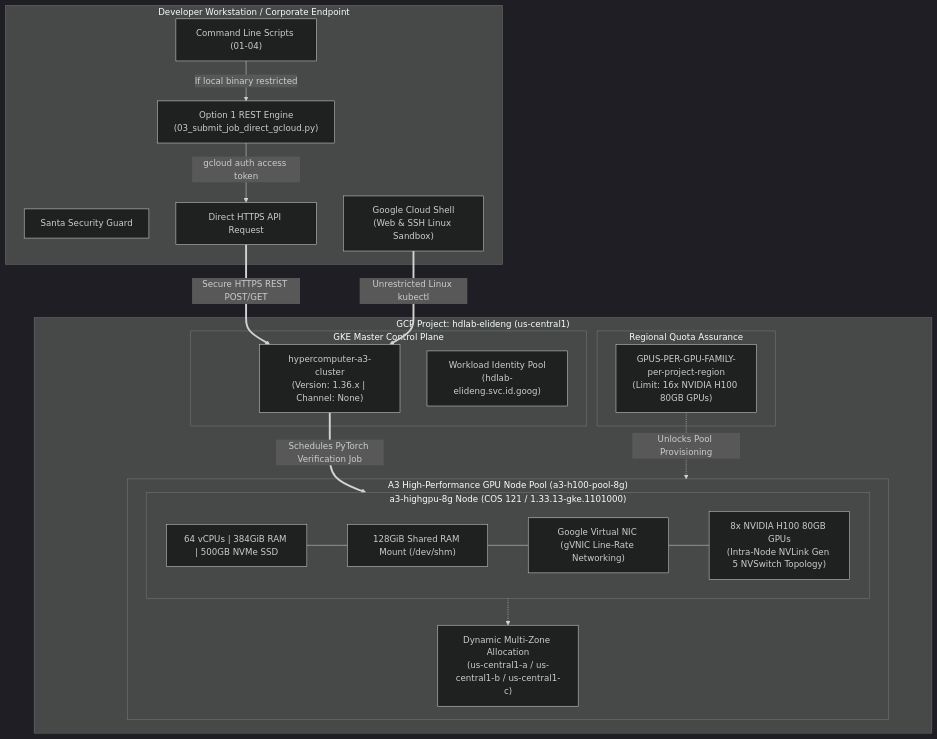
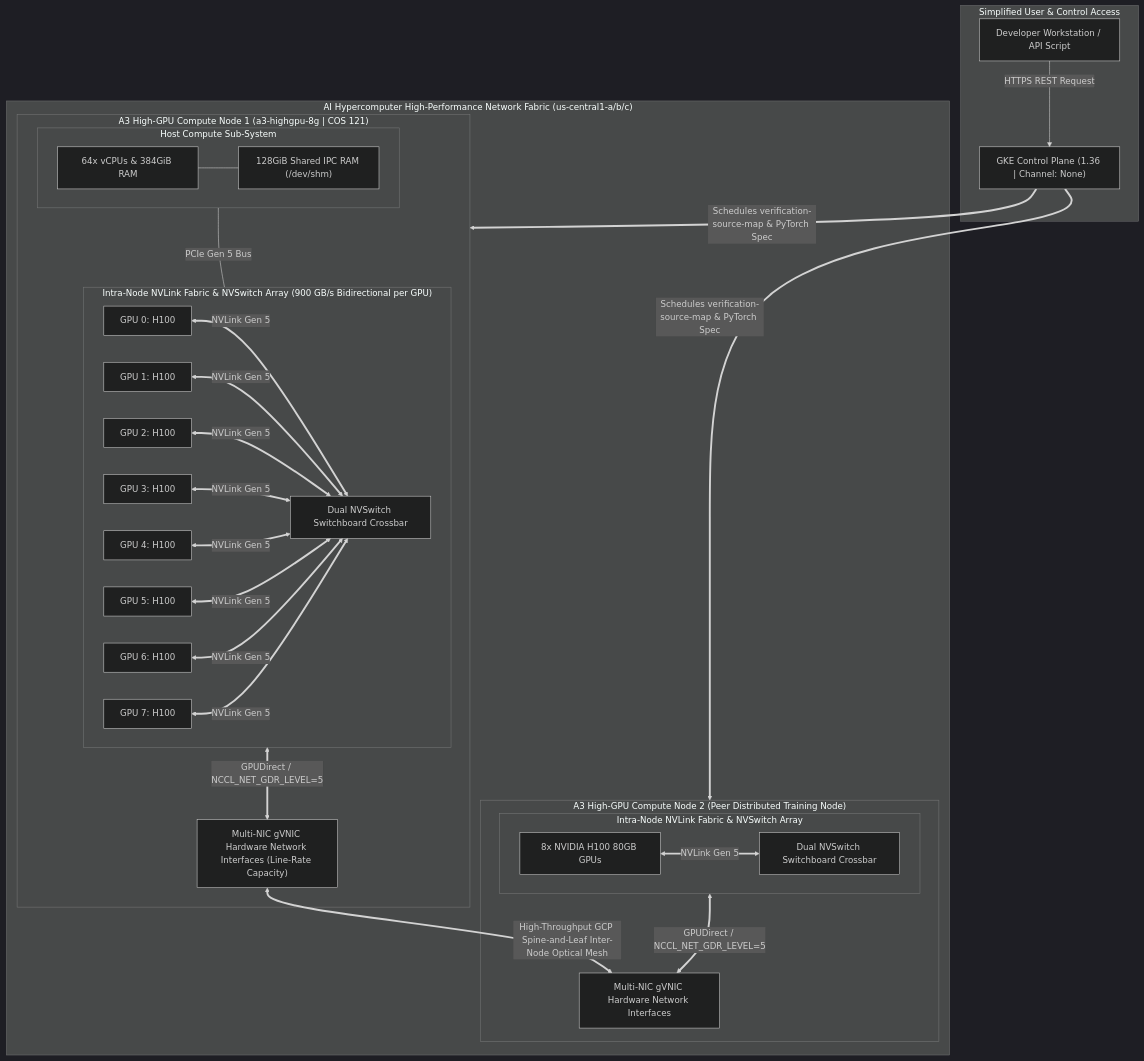
Before and after one commit to elideng-sg/hypercomputer-training-jobs: the diagram in README.md, drawn with Mermaid (dark theme). The commit also changed 1 other file, not shown here.

Commit message:
Enhance network topology graphs: simplify user access & highlight intra-node NVLink NVSwitches and inter-node GPUDirect gVNIC mesh

````diff
--- a/README.md
+++ b/README.md
@@ -32,42 +32,35 @@
 ```mermaid
-graph TD
-    subgraph Client ["Developer Workstation / Corporate Endpoint"]
-        Terminal["Command Line Scripts (01-04)"]
-        Santa["Santa Security Guard"]
-        DirectEngine["Option 1 REST Engine<br>(03_submit_job_direct_gcloud.py)"]
-        CloudShell["Google Cloud Shell<br>(Web & SSH Linux Sandbox)"]
-        
-        Terminal -->|If local binary restricted| DirectEngine
-        DirectEngine -->|gcloud auth access token| REST_Req["Direct HTTPS API Request"]
+graph TB
+    subgraph Client ["Simplified User & Control Access"]
+        API_Call["Developer Workstation / API Script"] -->|HTTPS REST Request| CP["GKE Control Plane (1.36 | Channel: None)"]
     end
 
-    subgraph GCP ["GCP Project: hdlab-elideng (us-central1)"]
-        subgraph Master ["GKE Master Control Plane"]
-            KubeMaster["hypercomputer-a3-cluster<br>(Version: 1.36.x | Channel: None)"]
-            WIP["Workload Identity Pool<br>(hdlab-elideng.svc.id.goog)"]
+    subgraph ClusterMesh ["AI Hypercomputer High-Performance Network Fabric (us-central1-a/b/c)"]
+        subgraph Node1 ["A3 High-GPU Compute Node 1 (a3-highgpu-8g | COS 121)"]
+            subgraph Host1 ["Host Compute Sub-System"]
+                CPU1["64x vCPUs & 384GiB RAM"] --- SHM1["128GiB Shared IPC RAM (/dev/shm)"]
+            end
+            
+            subgraph NVLink_Mesh1 ["Intra-Node NVLink Fabric & NVSwitch Array (900 GB/s Bidirectional per GPU)"]
+                G0_1["GPU 0: H100"] & G1_1["GPU 1: H100"] & G2_1["GPU 2: H100"] & G3_1["GPU 3: H100"] <==>|NVLink Gen 5| NVS1["Dual NVSwitch Switchboard Crossbar"]
+                G4_1["GPU 4: H100"] & G5_1["GPU 5: H100"] & G6_1["GPU 6: H100"] & G7_1["GPU 7: H100"] <==>|NVLink Gen 5| NVS1
+            end
+
+            NIC1["Multi-NIC gVNIC Hardware Network Interfaces (Line-Rate Capacity)"]
+            Host1 ---|PCIe Gen 5 Bus| NVLink_Mesh1
+            NVLink_Mesh1 <==>|GPUDirect / NCCL_NET_GDR_LEVEL=5| NIC1
         end
 
-        subgraph Quota ["Regional Quota Assurance"]
-            H100_Quota["GPUS-PER-GPU-FAMILY-per-project-region<br>(Limit: 16x NVIDIA H100 80GB GPUs)"]
+        subgraph Node2 ["A3 High-GPU Compute Node 2 (Peer Distributed Training Node)"]
+            subgraph NVLink_Mesh2 ["Intra-Node NVLink Fabric & NVSwitch Array"]
+                G_Array2["8x NVIDIA H100 80GB GPUs"] <==>|NVLink Gen 5| NVS2["Dual NVSwitch Switchboard Crossbar"]
+            end
+            NIC2["Multi-NIC gVNIC Hardware Network Interfaces"]
+            NVLink_Mesh2 <==>|GPUDirect / NCCL_NET_GDR_LEVEL=5| NIC2
         end
 
-        subgraph NodePool ["A3 High-Performance GPU Node Pool (a3-h100-pool-8g)"]
-            subgraph Node ["a3-highgpu-8g Node (COS 121 / 1.33.13-gke.1101000)"]
-                Host["64 vCPUs | 384GiB RAM | 500GB NVMe SSD"]
-                SHM["128GiB Shared RAM Mount (/dev/shm)"]
-                gVNIC["Google Virtual NIC (gVNIC Line-Rate Networking)"]
-                GPUs["8x NVIDIA H100 80GB GPUs<br>(Intra-Node NVLink Gen 5 NVSwitch Topology)"]
-                
-                Host --- SHM --- gVNIC --- GPUs
-            end
-            
-            MultiZone["Dynamic Multi-Zone Allocation<br>(us-central1-a / us-central1-b / us-central1-c)"]
-            Node -.-> MultiZone
-        end
+        NIC1 <==>|High-Throughput GCP Spine-and-Leaf Inter-Node Optical Mesh| NIC2
     end
 
-    REST_Req ==>|Secure HTTPS REST POST/GET| KubeMaster
-    CloudShell ==>|Unrestricted Linux kubectl| KubeMaster
-    KubeMaster ==>|Schedules PyTorch Verification Job| Node
-    H100_Quota -.->|Unlocks Pool Provisioning| NodePool
+    CP ==>|Schedules verification-source-map & PyTorch Spec| Node1 & Node2
 ```
````
